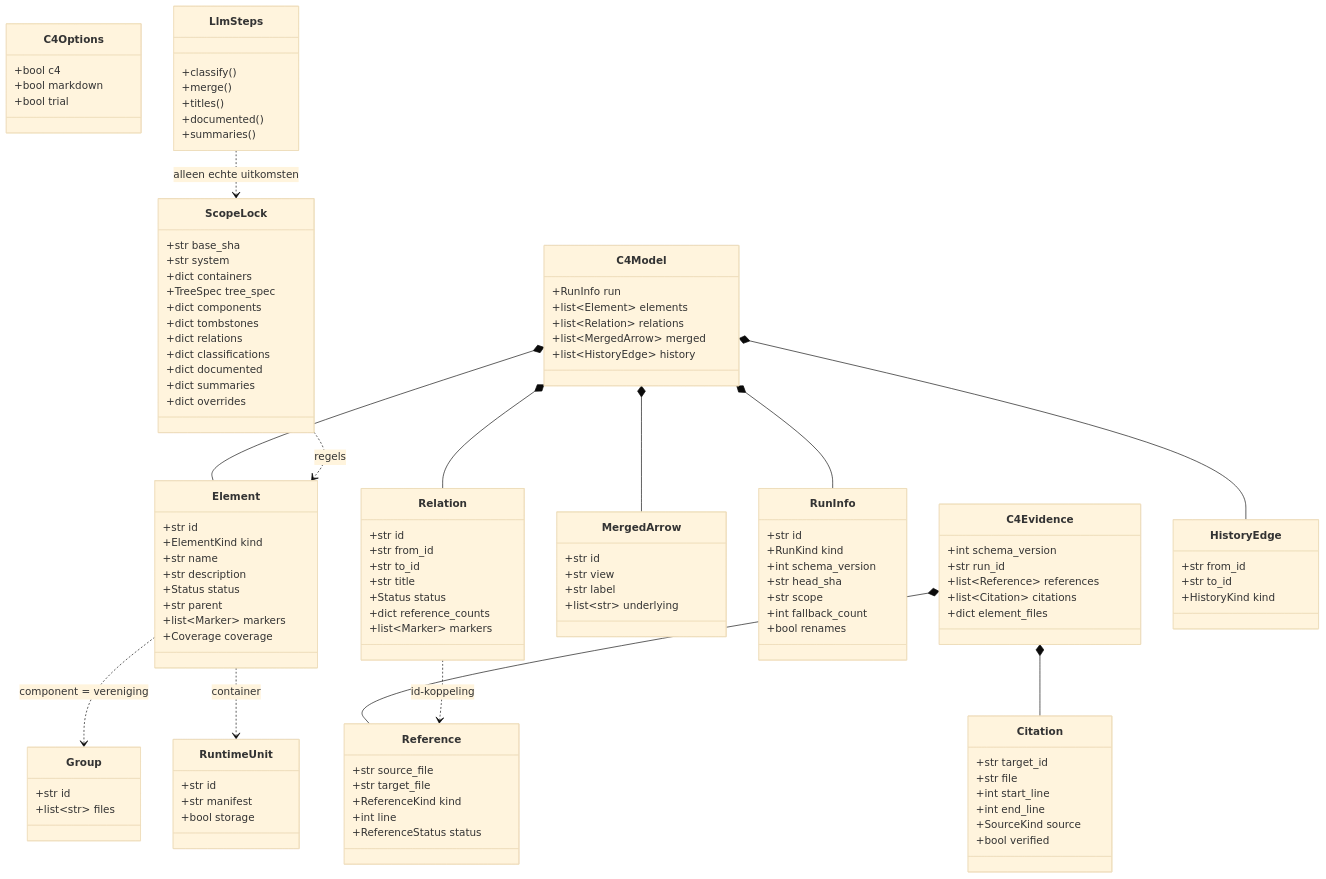
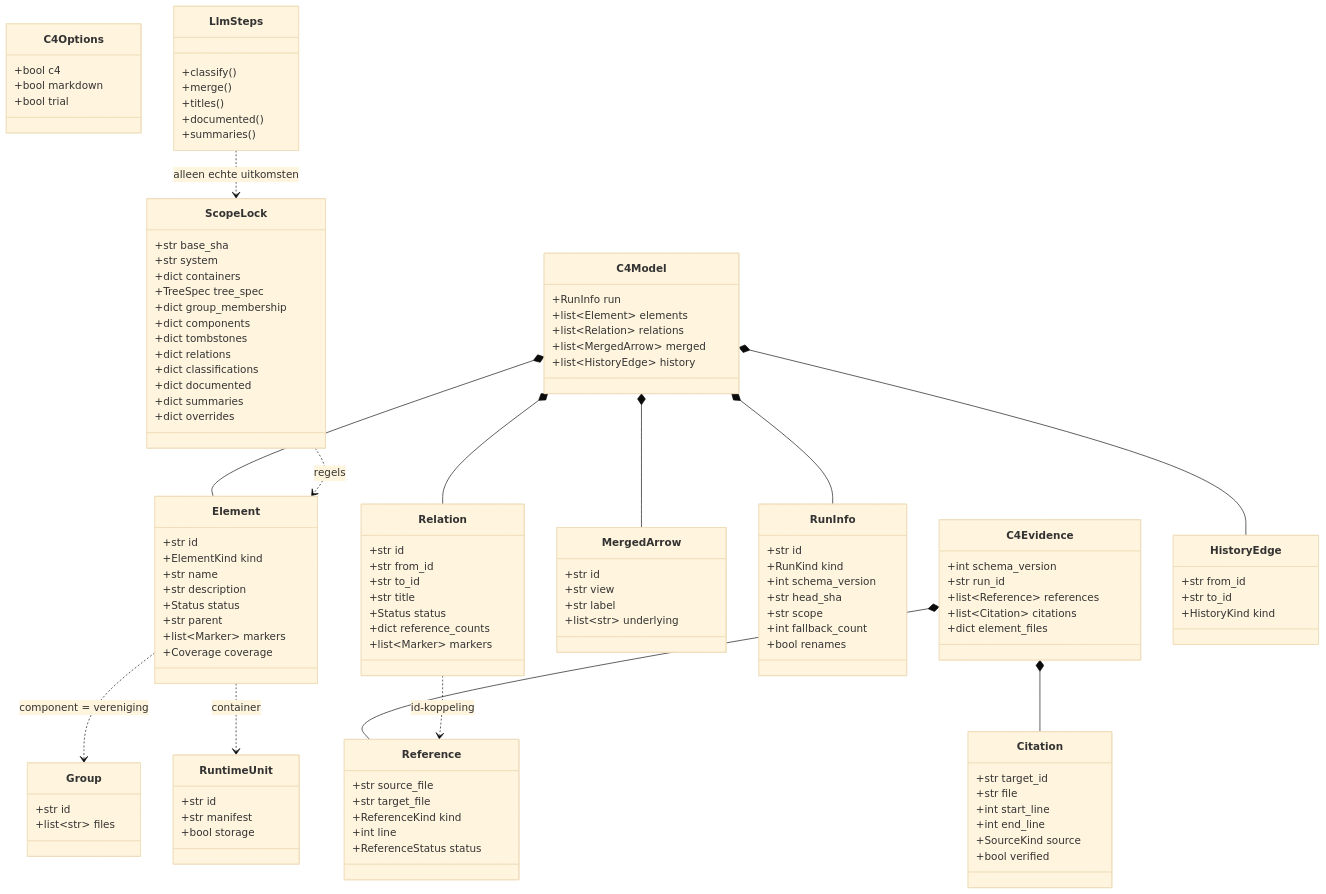
Before and after one commit to Cubical6/chunkhound: the second of 3 diagrams in docs/melly/models/map-structuuranalyse.md, drawn with Mermaid (base theme). The commit also changed other lines of this file and 9 other files, not shown here.

```diff
--- a/docs/melly/models/map-structuuranalyse.md
+++ b/docs/melly/models/map-structuuranalyse.md
@@ -171,6 +171,7 @@
     +str system
     +dict containers
     +TreeSpec tree_spec
+    +dict group_membership
     +dict components
     +dict tombstones
     +dict relations
```
